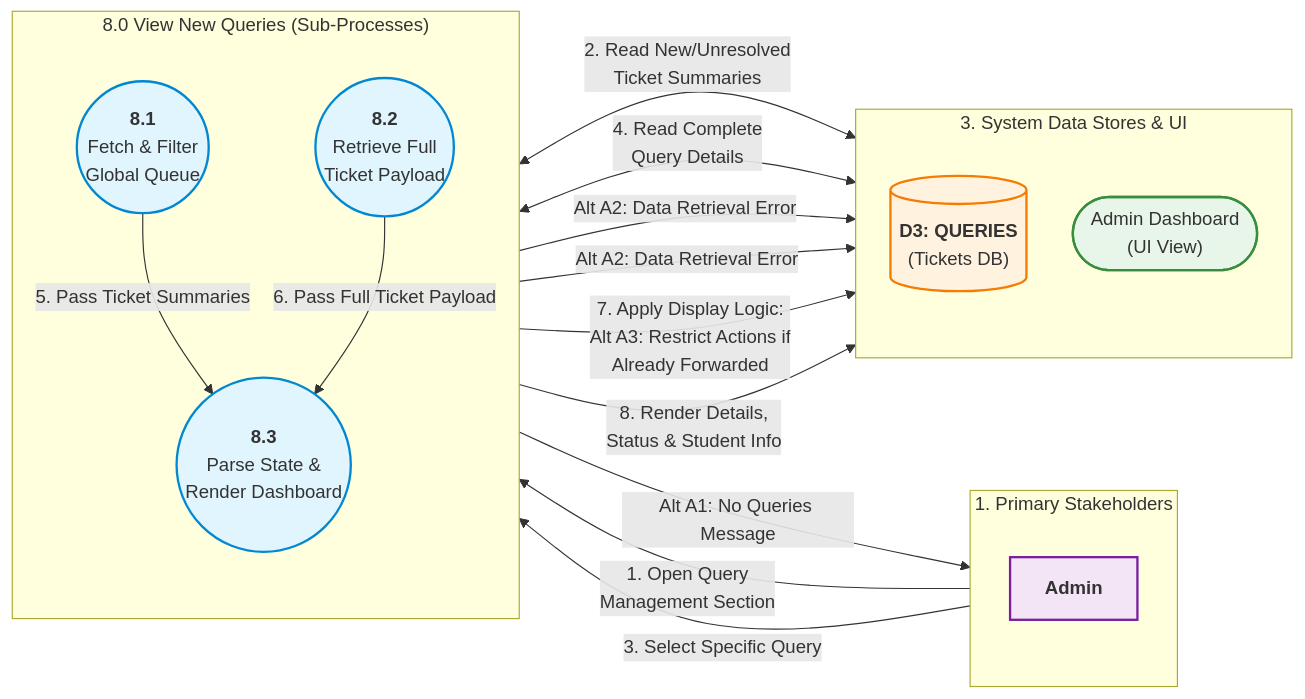
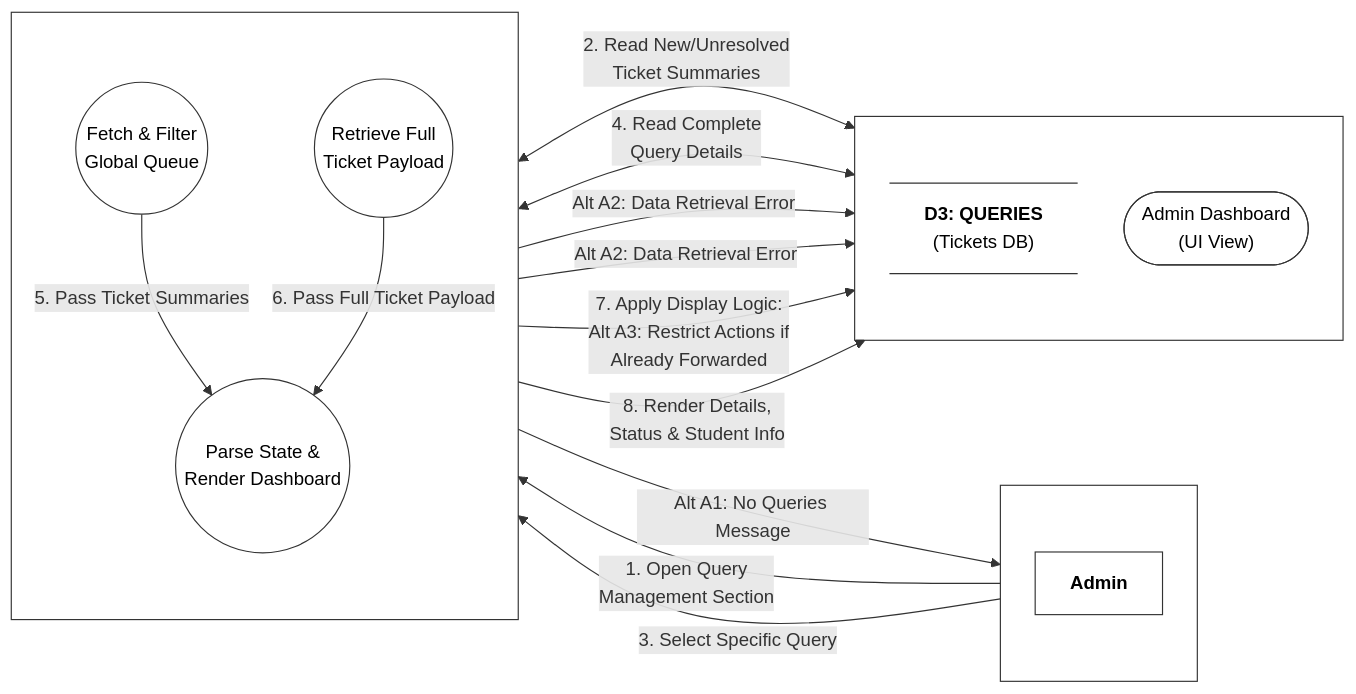
One commit to aryanhrc3428/Semester-5 changed the diagram in SE/ideathon/documents/L2-DFD-A01.mmd. Above: the diagram before and after it, drawn with Mermaid. The commit also changed 21 other files, not shown here.

```diff
--- a/SE/ideathon/documents/L2-DFD-A01.mmd
+++ b/SE/ideathon/documents/L2-DFD-A01.mmd
@@ -1,71 +1,75 @@
 %%{init: {
   "flowchart": {
     "htmlLabels": true,
     "nodeSpacing": 40,
     "rankSpacing": 90,
     "padding": 15
   }
 }}%%
 flowchart LR
 
     %% -------------------------------------------------------------
     %% COLUMN 1: ACTORS
     %% -------------------------------------------------------------
-    subgraph Actors ["1. Primary Stakeholders"]
+    subgraph Actors [" "]
         direction TB
         Admin["<b>Admin</b>"]
     end
 
     %% -------------------------------------------------------------
     %% COLUMN 2: SUB-PROCESSES (Decomposition of 8.0)
     %% -------------------------------------------------------------
-    subgraph SubProcesses ["8.0 View New Queries (Sub-Processes)"]
+    subgraph SubProcesses [" "]
         direction TB
-        P8_1(("<b>8.1</b><br/>Fetch & Filter<br/>Global Queue"))
-        P8_2(("<b>8.2</b><br/>Retrieve Full<br/>Ticket Payload"))
-        P8_3(("<b>8.3</b><br/>Parse State &<br/>Render Dashboard"))
+        P8_1(("Fetch & Filter<br/>Global Queue"))
+        P8_2(("Retrieve Full<br/>Ticket Payload"))
+        P8_3(("Parse State &<br/>Render Dashboard"))
     end
 
     %% -------------------------------------------------------------
     %% COLUMN 3: DATA STORES & UI SINKS
     %% -------------------------------------------------------------
-    subgraph DataStores ["3. System Data Stores & UI"]
+    subgraph DataStores [" "]
         direction TB
-        D3[("<b>D3: QUERIES</b><br/>(Tickets DB)")]
+        D3@{ shape: datastore, label: "<b>D3: QUERIES</b><br/>(Tickets DB)" }
         AdminDash(["Admin Dashboard<br/>(UI View)"])
     end
 
     %% =============================================================
     %% DATA FLOWS
     %% =============================================================
 
     %% --- 8.1 Fetch Queue ---
     Admin -->|"1. Open Query<br/>Management Section"| P8_1
     P8_1 <-->|"2. Read New/Unresolved<br/>Ticket Summaries"| D3
     P8_1 -->|"Alt A1: No Queries Message"| Admin
     
     %% --- 8.2 Retrieve Ticket ---
     Admin -->|"3. Select Specific Query"| P8_2
     P8_2 <-->|"4. Read Complete<br/>Query Details"| D3
     
     %% --- Error Handling (Alt A2) ---
     P8_1 & P8_2 -->|"Alt A2: Data Retrieval Error"| AdminDash
     
     %% --- 8.3 Parse & Render ---
     P8_1 -->|"5. Pass Ticket Summaries"| P8_3
     P8_2 -->|"6. Pass Full Ticket Payload"| P8_3
     P8_3 -->|"7. Apply Display Logic:<br/>Alt A3: Restrict Actions if<br/>Already Forwarded"| AdminDash
     P8_3 -->|"8. Render Details,<br/>Status & Student Info"| AdminDash
 
     %% -------------------------------------------------------------
     %% STYLING
     %% -------------------------------------------------------------
-    classDef processStyle fill:#e1f5fe,stroke:#0288d1,stroke-width:2px;
-    classDef storeStyle fill:#fff3e0,stroke:#f57c00,stroke-width:2px;
-    classDef actorStyle fill:#f3e5f5,stroke:#7b1fa2,stroke-width:2px;
-    classDef extStyle fill:#e8f5e9,stroke:#388e3c,stroke-width:2px;
+    classDef processStyle fill:#fff,stroke:#333,stroke-width:1px,color:#000;
+    classDef storeStyle fill:#fff,stroke:#333,stroke-width:1px,color:#000;
+    classDef actorStyle fill:#fff,stroke:#333,stroke-width:1px,color:#000;
+    classDef extStyle fill:#fff,stroke:#333,stroke-width:1px,color:#000;
 
     class P8_1,P8_2,P8_3 processStyle;
     class D3 storeStyle;
     class Admin actorStyle;
     class AdminDash extStyle;
+
+    style Actors fill:none,stroke:#333,stroke-width:1px
+    style SubProcesses fill:none,stroke:#333,stroke-width:1px
+    style DataStores fill:none,stroke:#333,stroke-width:1px
```
